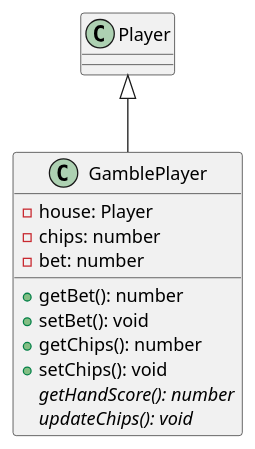
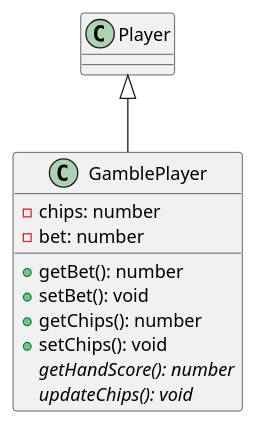
Before and after one commit to recursion-teamdev-teamd/devlog: the diagram in uml/akiba/GamblePlayer.puml, drawn with PlantUML. The commit also changed 3 other files, not shown here.

```diff
--- a/uml/akiba/GamblePlayer.puml
+++ b/uml/akiba/GamblePlayer.puml
@@ -1,11 +1,10 @@
 class GamblePlayer extends Player{
-  -house: Player 
   -chips: number
   -bet: number
   +getBet(): number
   +setBet(): void
   +getChips(): number
   +setChips(): void
   {abstract}getHandScore(): number
   {abstract}updateChips(): void
 }
```
